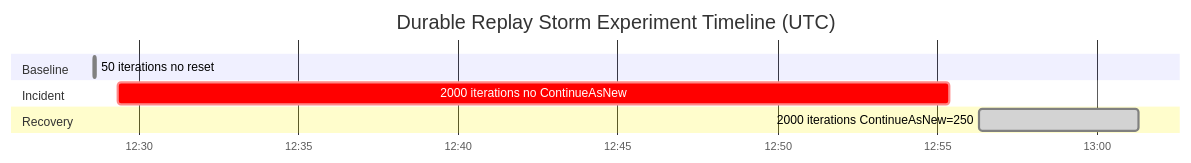
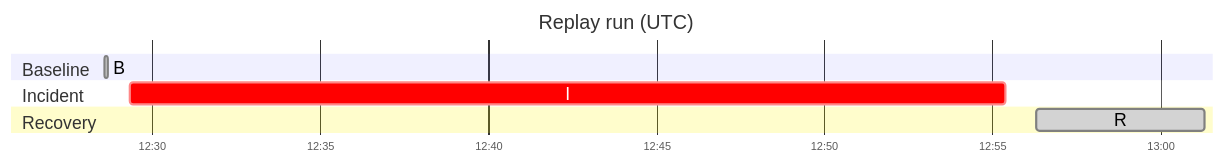
Before and after one commit to yeongseon/azure-functions-practical-guide: the third of 6 diagrams in docs/troubleshooting/lab-guides/durable-replay-storm.md, drawn with Mermaid. The commit also changed other lines of this file, not shown here.

First line of the commit message:
docs(diagrams): improve replay lab typed diagrams and reading keys

````diff
--- a/docs/troubleshooting/lab-guides/durable-replay-storm.md
+++ b/docs/troubleshooting/lab-guides/durable-replay-storm.md
@@ -221,12 +250,15 @@
 ```mermaid
+%%{init: {"gantt": {"fontSize": 16, "sectionFontSize": 16, "leftPadding": 85, "rightPadding": 15}}}%%
 gantt
-    title Durable Replay Storm Experiment Timeline (UTC)
+    accTitle: Recorded three-phase run timeline
+    accDescr: Historical UTC baseline, incident, and recovery bars retain their original start times and approximate durations. B, I, and R refer to the adjacent workload key; this is not evidence of a new run.
+    title Replay run (UTC)
     dateFormat  HH:mm:ss
     axisFormat  %H:%M
     section Baseline
-    50 iterations no reset                 :done, b1, 12:28:36, 5s
+    B :done, b1, 12:28:36, 5s
     section Incident
-    2000 iterations no ContinueAsNew       :crit, i1, 12:29:22, 26m
+    I :crit, i1, 12:29:22, 26m
     section Recovery
-    2000 iterations ContinueAsNew=250      :done, r1, 12:56:18, 5m
+    R :done, r1, 12:56:18, 5m
 ```
````
